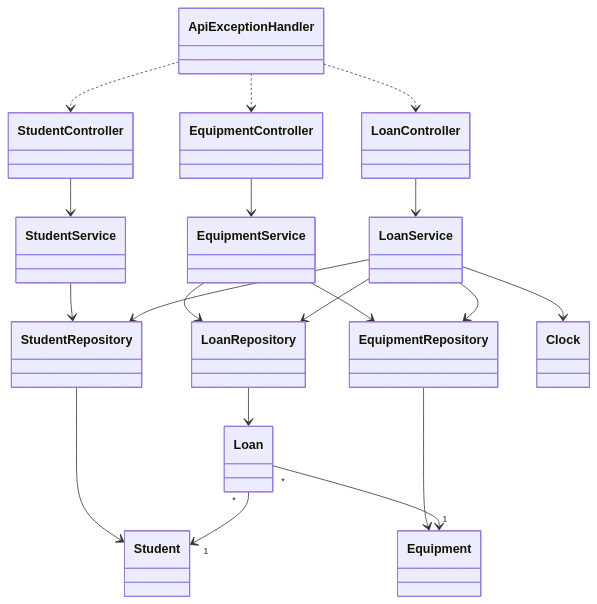
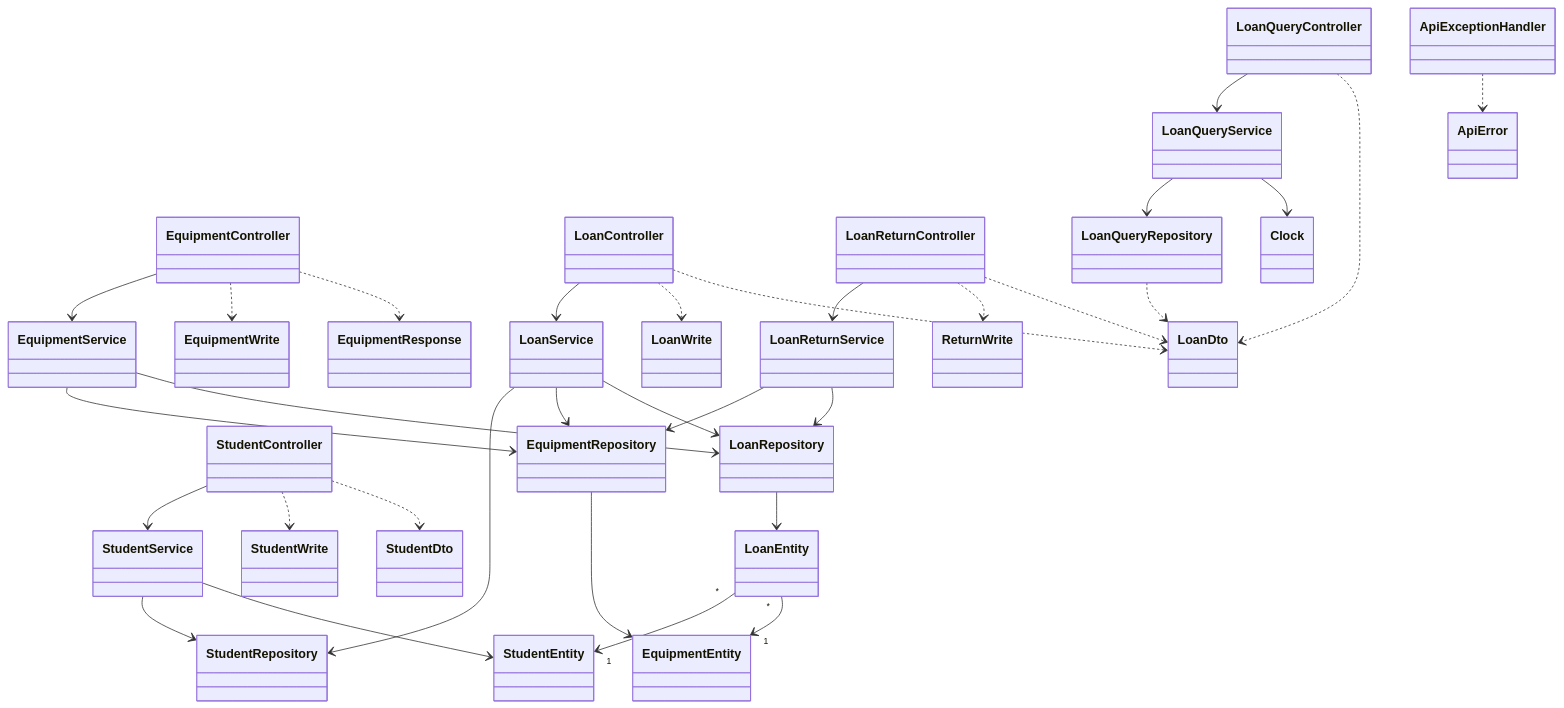
One commit to komayl-dbouk/Equipment-Lending-System changed the second of 6 diagrams in docs/design/architecture.md. Above: the diagram before and after it, drawn with Mermaid. The commit also changed other lines of this file and 7 other files, not shown here.

Commit message:
ELS-37 docs: align API contract diagrams and traceability

````diff
--- a/docs/design/architecture.md
+++ b/docs/design/architecture.md
@@ -24,21 +58,37 @@
 ```mermaid
 classDiagram
   StudentController --> StudentService
+  StudentController ..> StudentWrite
+  StudentController ..> StudentDto
+  StudentService --> StudentRepository
+  StudentService --> StudentEntity
+
   EquipmentController --> EquipmentService
-  LoanController --> LoanService
-  StudentService --> StudentRepository
+  EquipmentController ..> EquipmentWrite
+  EquipmentController ..> EquipmentResponse
   EquipmentService --> EquipmentRepository
   EquipmentService --> LoanRepository
+  EquipmentRepository --> EquipmentEntity
+
+  LoanController --> LoanService
+  LoanReturnController --> LoanReturnService
+  LoanQueryController --> LoanQueryService
   LoanService --> StudentRepository
   LoanService --> EquipmentRepository
   LoanService --> LoanRepository
-  LoanService --> Clock
-  StudentRepository --> Student
-  EquipmentRepository --> Equipment
-  LoanRepository --> Loan
-  Loan "*" --> "1" Student
-  Loan "*" --> "1" Equipment
-  ApiExceptionHandler ..> StudentController
-  ApiExceptionHandler ..> EquipmentController
-  ApiExceptionHandler ..> LoanController
+  LoanReturnService --> EquipmentRepository
+  LoanReturnService --> LoanRepository
+  LoanQueryService --> LoanQueryRepository
+  LoanQueryService --> Clock
+  LoanController ..> LoanWrite
+  LoanReturnController ..> ReturnWrite
+  LoanController ..> LoanDto
+  LoanReturnController ..> LoanDto
+  LoanQueryController ..> LoanDto
+  LoanRepository --> LoanEntity
+  LoanQueryRepository ..> LoanDto
+
+  LoanEntity "*" --> "1" StudentEntity
+  LoanEntity "*" --> "1" EquipmentEntity
+  ApiExceptionHandler ..> ApiError
 ```
````
